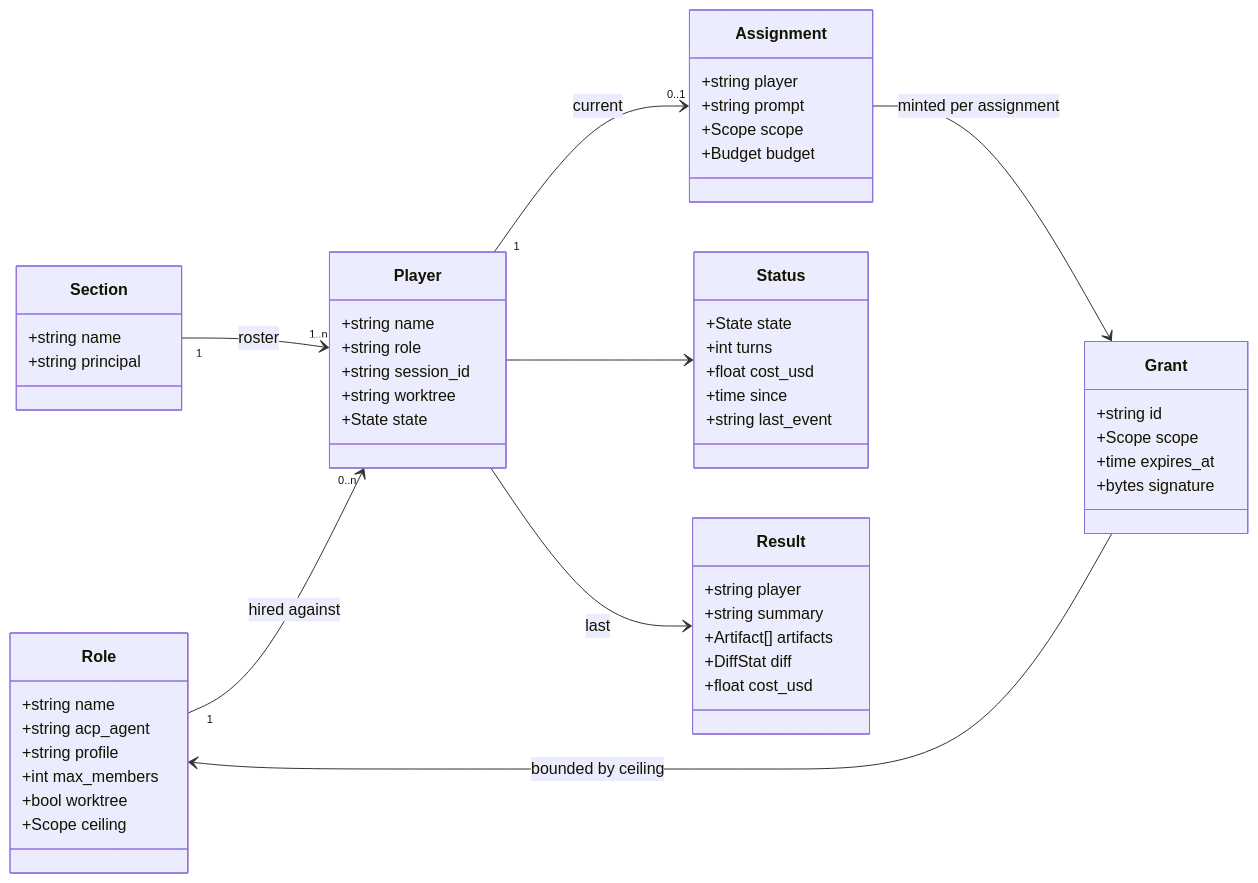
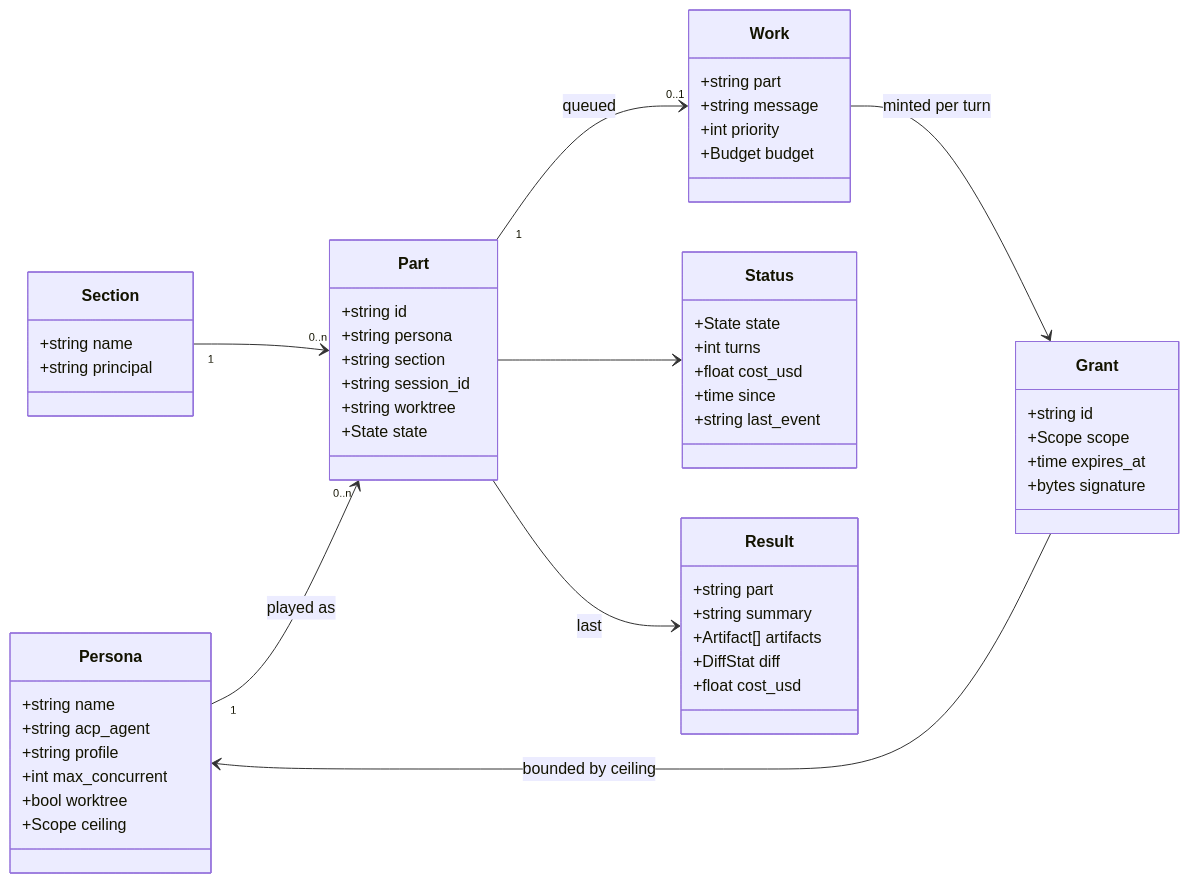
One commit to noclearreaction/symphony-maestro changed the third of 6 diagrams in docs/ensemble/README.md. Above: the diagram before and after it, drawn with Mermaid. The commit also changed other lines of this file and 1 other file, not shown here.

````diff
--- a/docs/ensemble/README.md
+++ b/docs/ensemble/README.md
@@ -440,56 +372,57 @@
 ```mermaid
 classDiagram
   direction LR
-  class Role {
+  class Persona {
     +string name
     +string acp_agent
     +string profile
-    +int max_members
+    +int max_concurrent
     +bool worktree
     +Scope ceiling
   }
-  class Player {
-    +string name
-    +string role
+  class Part {
+    +string id
+    +string persona
+    +string section
     +string session_id
     +string worktree
     +State state
   }
-  class Assignment {
-    +string player
-    +string prompt
-    +Scope scope
+  class Work {
+    +string part
+    +string message
+    +int priority
     +Budget budget
   }
   class Grant {
     +string id
     +Scope scope
     +time expires_at
     +bytes signature
   }
   class Status {
     +State state
     +int turns
     +float cost_usd
     +time since
     +string last_event
   }
   class Result {
-    +string player
+    +string part
     +string summary
     +Artifact[] artifacts
     +DiffStat diff
     +float cost_usd
   }
   class Section {
     +string name
     +string principal
   }
-  Section "1" --> "1..n" Player : roster
-  Role "1" --> "0..n" Player : hired against
-  Player "1" --> "0..1" Assignment : current
-  Assignment --> Grant : minted per assignment
-  Grant --> Role : bounded by ceiling
-  Player --> Status
-  Player --> Result : last
+  Section "1" --> "0..n" Part
+  Persona "1" --> "0..n" Part : played as
+  Part "1" --> "0..1" Work : queued
+  Work --> Grant : minted per turn
+  Grant --> Persona : bounded by ceiling
+  Part --> Status
+  Part --> Result : last
 ```
````
